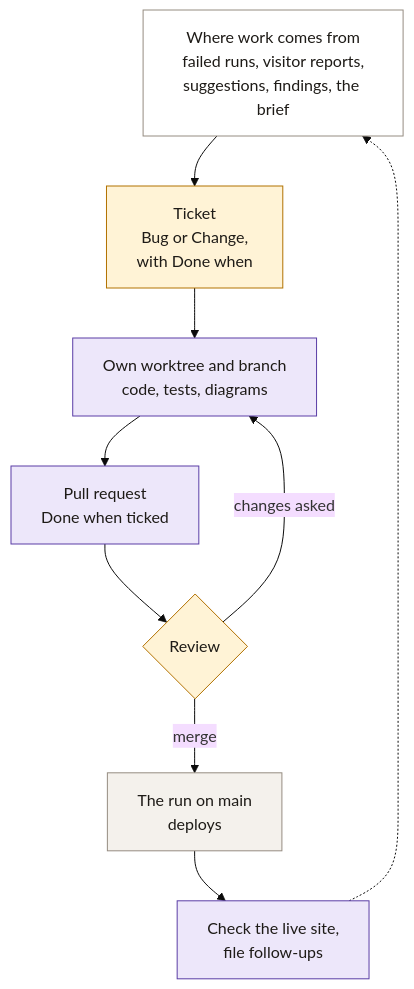
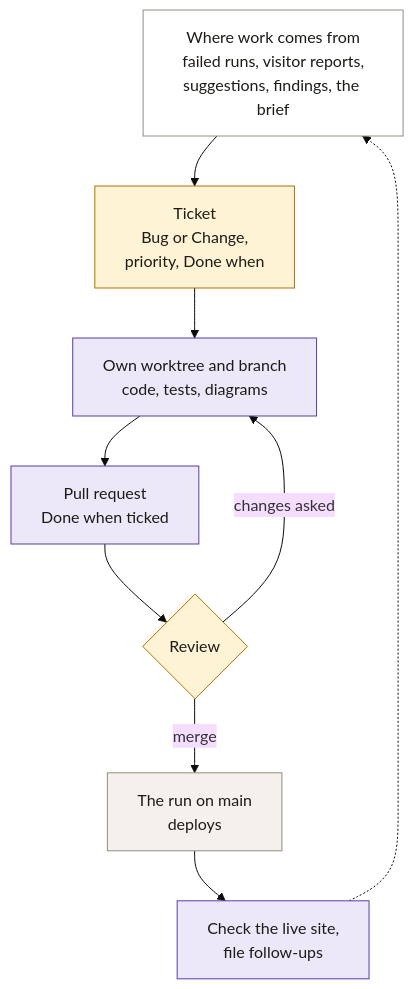
Before and after one commit to taneta/jcmaps: the diagram in docs/routine.md, drawn with Mermaid (base theme). The commit also changed other lines of this file and 2 other files, not shown here.

First line of the commit message:
Tickets say their priority: high, medium or low (#53)

````diff
--- a/docs/routine.md
+++ b/docs/routine.md
@@ -24,18 +24,18 @@
 ```mermaid
 flowchart TD
     %% Mirrors the ticket and pull request rules in AGENTS.md. Update it when the process changes.
     intake["Where work comes from<br/>failed runs, visitor reports,<br/>suggestions, findings, the brief"]
-    intake --> ticket["Ticket<br/>Bug or Change,<br/>with Done when"]:::owner
+    intake --> ticket["Ticket<br/>Bug or Change,<br/>priority, Done when"]:::owner
     ticket --> work["Own worktree and branch<br/>code, tests, diagrams"]:::agent
     work --> pr["Pull request<br/>Done when ticked"]:::agent
     pr --> review{"Review"}:::owner
     review -->|changes asked| work
     review -->|merge| deploy["The run on main<br/>deploys"]:::auto
     deploy --> after["Check the live site,<br/>file follow-ups"]:::agent
     after -.-> intake
 
     classDef default fill:#FFFFFF,stroke:#958C81,color:#1E1B17
     classDef auto fill:#F4F1EC,stroke:#958C81,color:#1E1B17
     classDef agent fill:#EDE7FA,stroke:#5A3DA6,color:#1E1B17
     classDef owner fill:#FFF3D6,stroke:#B27200,color:#1E1B17
 ```
````
